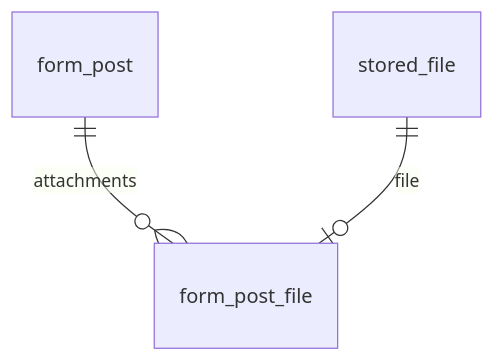
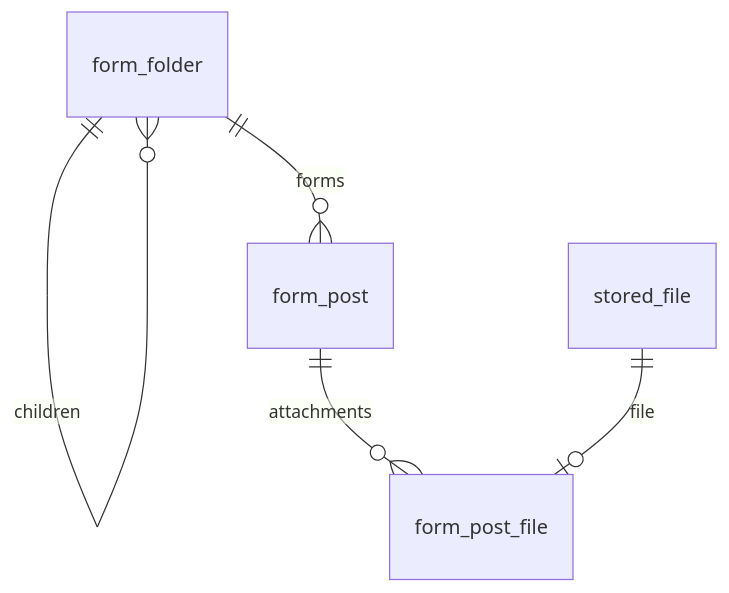
The diagram in docs/forms-api.md (ync-capstone-desgin/hkagri-supplier), drawn with Mermaid before and after one commit. The commit also changed other lines of this file and 31 other files, not shown here.

````diff
--- a/docs/forms-api.md
+++ b/docs/forms-api.md
@@ -66,5 +78,7 @@
 ```mermaid
 erDiagram
+    form_folder ||--o{ form_folder : children
+    form_folder ||--o{ form_post : forms
     form_post ||--o{ form_post_file : attachments
     stored_file ||--o| form_post_file : file
 ```
````
